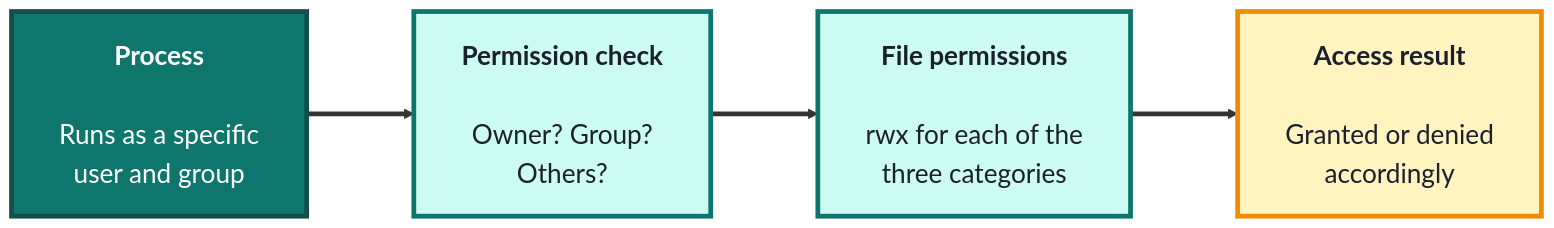
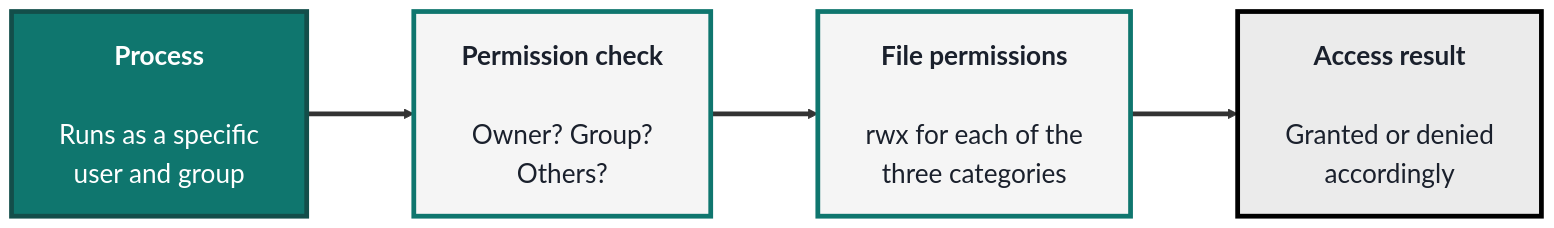
Before and after one commit to SHEMODELTECH/shemodeltech: the first of 2 diagrams in src/Pages/courses/TechGuard/module-2-operating-systems.md, drawn with Mermaid. The commit also changed other lines of this file and 46 other files, not shown here.

````diff
--- a/src/Pages/courses/TechGuard/module-2-operating-systems.md
+++ b/src/Pages/courses/TechGuard/module-2-operating-systems.md
@@ -20,17 +20,17 @@
 ```mermaid
 %%{init: {'theme':'base', 'themeVariables': {'fontSize':'22px', 'primaryTextColor':'#1a202c', 'primaryBorderColor':'#134e4a', 'lineColor':'#333333'}, 'flowchart': {'nodeSpacing': 70, 'rankSpacing': 90, 'padding': 20}}}%%
 flowchart LR
     P["<b>Process</b><br/><br/>Runs as a specific<br/>user and group"]
     CHK["<b>Permission check</b><br/><br/>Owner? Group?<br/>Others?"]
     PERM["<b>File permissions</b><br/><br/>rwx for each of the<br/>three categories"]
     R["<b>Access result</b><br/><br/>Granted or denied<br/>accordingly"]
 
     P ==> CHK ==> PERM
     PERM ==> R
 
     style P fill:#0f766e,color:#fff,stroke:#134e4a,stroke-width:4px
-    style CHK fill:#ccfbf1,color:#1a202c,stroke:#0f766e,stroke-width:4px
-    style PERM fill:#ccfbf1,color:#1a202c,stroke:#0f766e,stroke-width:4px
-    style R fill:#fff3bf,color:#1a202c,stroke:#f08c00,stroke-width:4px
+    style CHK fill:#F5F5F5,color:#1a202c,stroke:#0f766e,stroke-width:4px
+    style PERM fill:#F5F5F5,color:#1a202c,stroke:#0f766e,stroke-width:4px
+    style R fill:#EBEBEB,color:#1a202c,stroke:#000000,stroke-width:4px
     linkStyle default stroke-width:4px,stroke:#333333
 ```
````
